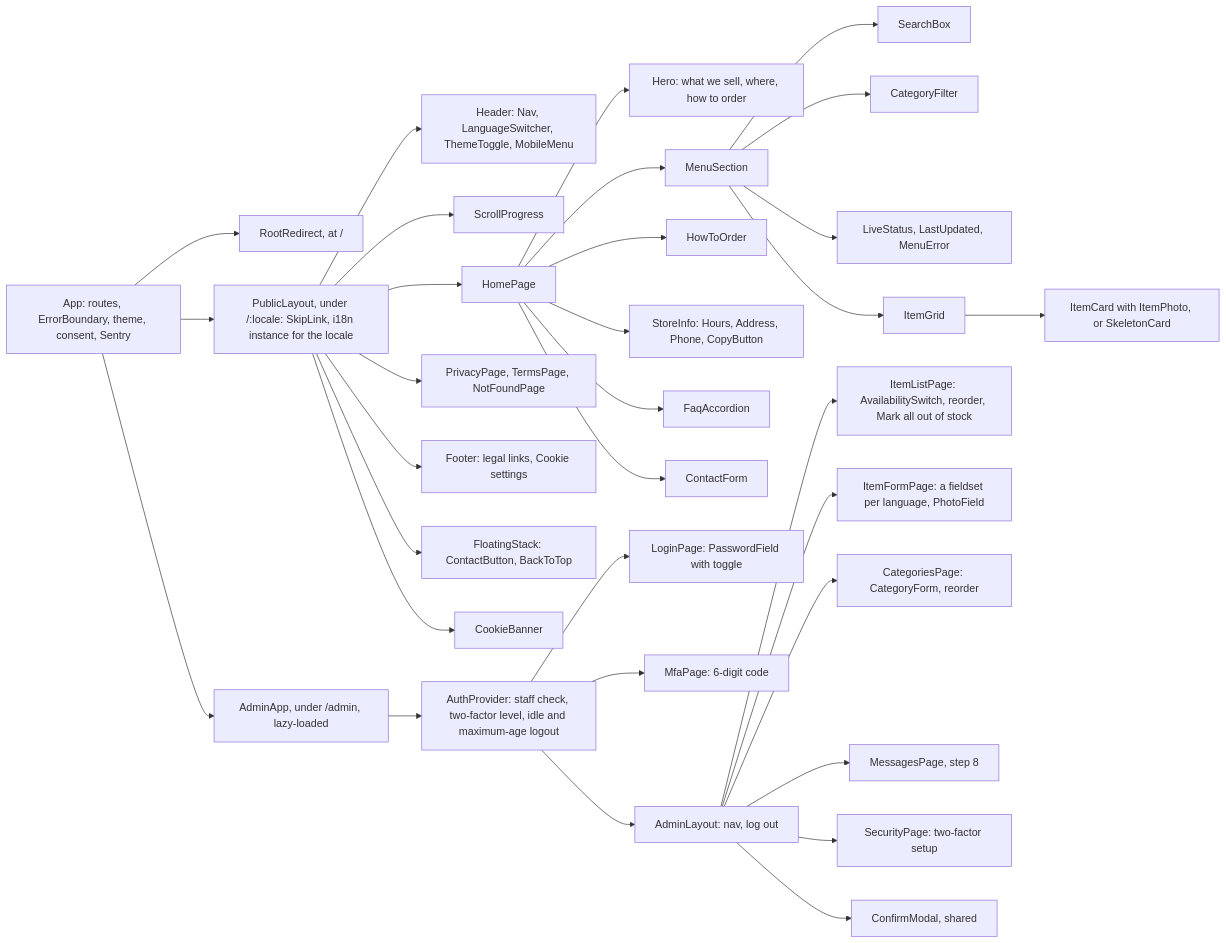
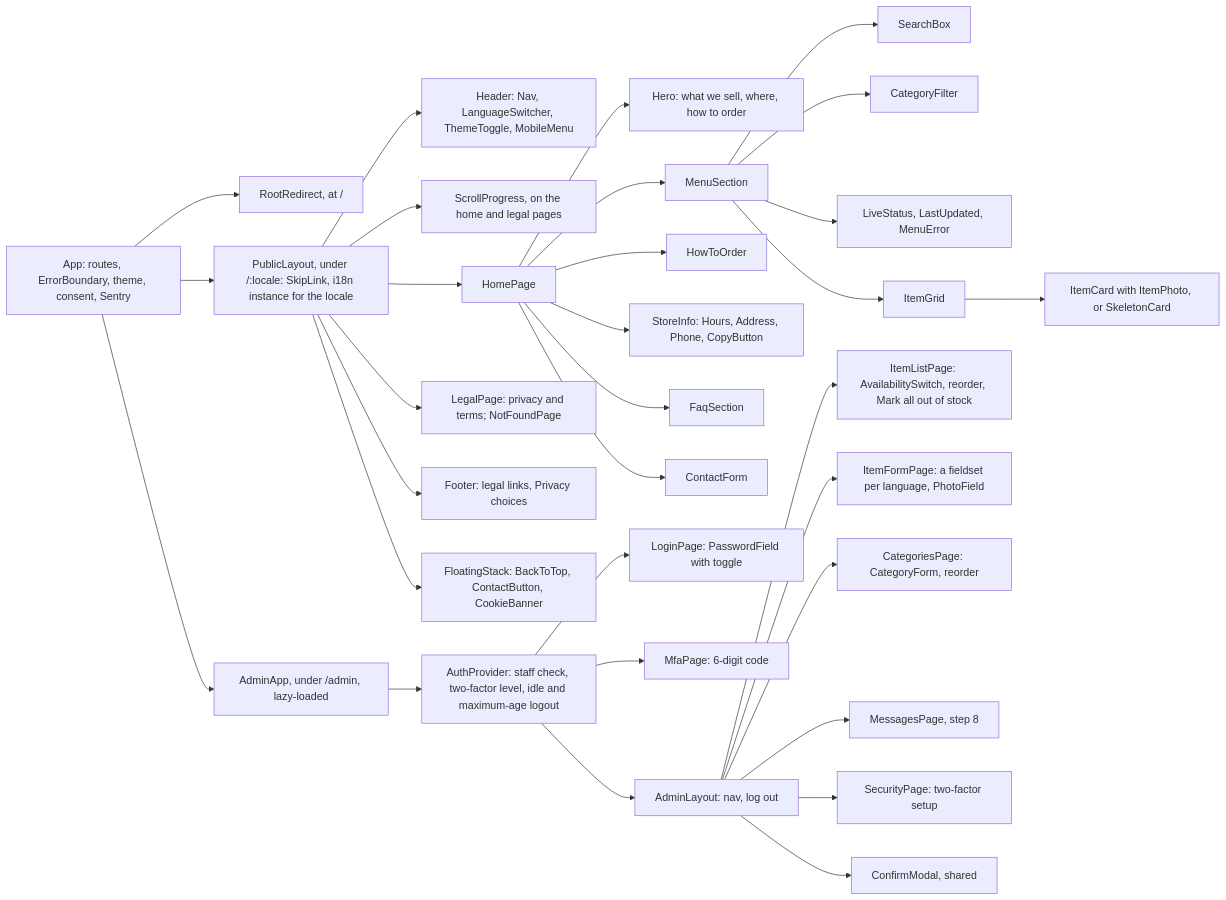
Before and after one commit to thatguyKire/seoul-mate-minimart: the first of 8 diagrams in docs/SDD.md, drawn with Mermaid. The commit also changed other lines of this file and 52 other files, not shown here.

First line of the commit message:
feat(site): add theme toggle, privacy banner, legal pages, FAQ and page extras (step 8, part 1) (#8)

````diff
--- a/docs/SDD.md
+++ b/docs/SDD.md
@@ -45,34 +45,33 @@
 ```mermaid
 flowchart LR
   App["App: routes, ErrorBoundary, theme, consent, Sentry"] --> Root["RootRedirect, at /"]
   App --> Public["PublicLayout, under /:locale: SkipLink, i18n instance for the locale"]
   App --> AdminApp["AdminApp, under /admin, lazy-loaded"]
   Public --> Header["Header: Nav, LanguageSwitcher, ThemeToggle, MobileMenu"]
-  Public --> Progress["ScrollProgress"]
+  Public --> Progress["ScrollProgress, on the home and legal pages"]
   Public --> Home["HomePage"]
-  Public --> Legal["PrivacyPage, TermsPage, NotFoundPage"]
-  Public --> Footer["Footer: legal links, Cookie settings"]
-  Public --> Floating["FloatingStack: ContactButton, BackToTop"]
-  Public --> Banner["CookieBanner"]
+  Public --> Legal["LegalPage: privacy and terms; NotFoundPage"]
+  Public --> Footer["Footer: legal links, Privacy choices"]
+  Public --> Floating["FloatingStack: BackToTop, ContactButton, CookieBanner"]
   Home --> Hero["Hero: what we sell, where, how to order"]
   Home --> MenuSection["MenuSection"]
   MenuSection --> Search["SearchBox"]
   MenuSection --> Filter["CategoryFilter"]
   MenuSection --> Live["LiveStatus, LastUpdated, MenuError"]
   MenuSection --> Grid["ItemGrid"]
   Grid --> Card["ItemCard with ItemPhoto, or SkeletonCard"]
   Home --> HowTo["HowToOrder"]
   Home --> Info["StoreInfo: Hours, Address, Phone, CopyButton"]
-  Home --> Faq["FaqAccordion"]
+  Home --> Faq["FaqSection"]
   Home --> Contact["ContactForm"]
   AdminApp --> Guard["AuthProvider: staff check, two-factor level, idle and maximum-age logout"]
   Guard --> Login["LoginPage: PasswordField with toggle"]
   Guard --> Mfa["MfaPage: 6-digit code"]
   Guard --> Layout["AdminLayout: nav, log out"]
   Layout --> Items["ItemListPage: AvailabilitySwitch, reorder, Mark all out of stock"]
   Layout --> ItemForm["ItemFormPage: a fieldset per language, PhotoField"]
   Layout --> Cats["CategoriesPage: CategoryForm, reorder"]
   Layout --> Msgs["MessagesPage, step 8"]
   Layout --> Sec["SecurityPage: two-factor setup"]
   Layout --> Modal["ConfirmModal, shared"]
 ```
````
